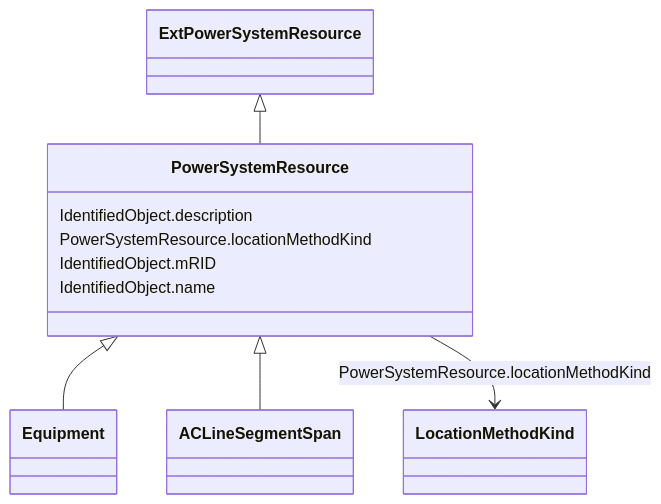
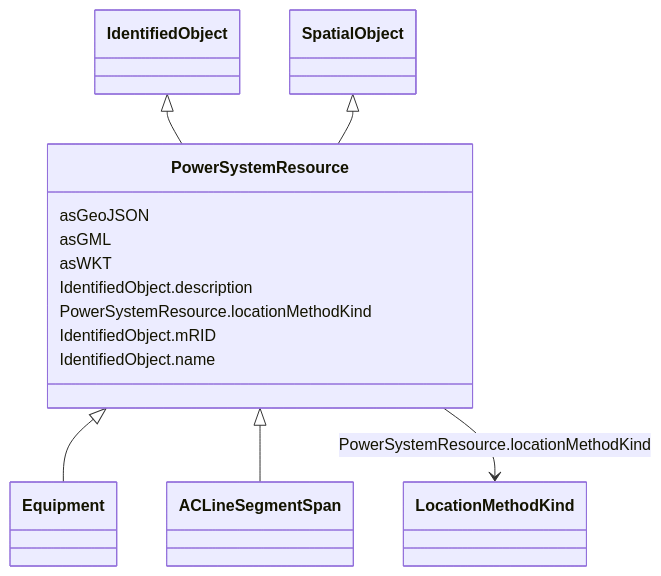
The diagram in docs/AviationObstacle/PowerSystemResource.md (3lbits/NoCIMExtensions), drawn with Mermaid before and after one commit. The commit also changed other lines of this file and 34 other files, not shown here.

````diff
--- a/docs/AviationObstacle/PowerSystemResource.md
+++ b/docs/AviationObstacle/PowerSystemResource.md
@@ -18,27 +18,35 @@
 ```mermaid
  classDiagram
     class PowerSystemResource
     click PowerSystemResource href "../PowerSystemResource"
-      ExtPowerSystemResource <|-- PowerSystemResource
-        click ExtPowerSystemResource href "../ExtPowerSystemResource"
+      IdentifiedObject <|-- PowerSystemResource
+        click IdentifiedObject href "../IdentifiedObject"
+      SpatialObject <|-- PowerSystemResource
+        click SpatialObject href "../SpatialObject"
       
 
       PowerSystemResource <|-- Equipment
         click Equipment href "../Equipment"
       PowerSystemResource <|-- ACLineSegmentSpan
         click ACLineSegmentSpan href "../ACLineSegmentSpan"
       
       
+      PowerSystemResource : asGeoJSON
+        
+      PowerSystemResource : asGML
+        
+      PowerSystemResource : asWKT
+        
       PowerSystemResource : IdentifiedObject.description
         
       PowerSystemResource : PowerSystemResource.locationMethodKind
         
           PowerSystemResource --> LocationMethodKind : PowerSystemResource.locationMethodKind
           click LocationMethodKind href "../LocationMethodKind"
         
       PowerSystemResource : IdentifiedObject.mRID
         
       PowerSystemResource : IdentifiedObject.name
         
       
 ```
````
